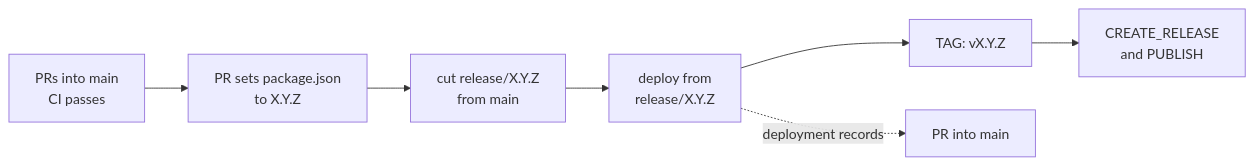
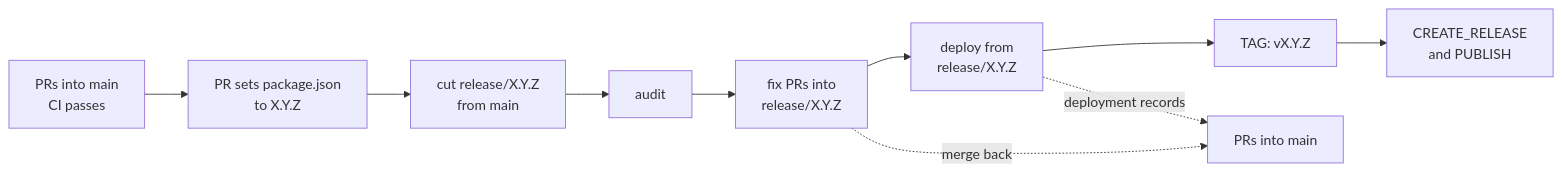
Before and after one commit to 1inch/ci-workflow-protocol: the diagram in RELEASE_FLOW.md, drawn with Mermaid. The commit also changed other lines of this file and 1 other file, not shown here.

Commit message:
feat: update release flow

````diff
--- a/RELEASE_FLOW.md
+++ b/RELEASE_FLOW.md
@@ -38,9 +39,12 @@
 ```mermaid
 flowchart LR
     prs["PRs into main<br/>CI passes"] --> version["PR sets package.json<br/>to X.Y.Z"]
     version --> cut["cut release/X.Y.Z<br/>from main"]
-    cut --> deploy["deploy from<br/>release/X.Y.Z"]
+    cut --> audit["audit"]
+    audit --> fixes["fix PRs into<br/>release/X.Y.Z"]
+    fixes --> deploy["deploy from<br/>release/X.Y.Z"]
     deploy --> tag["TAG: vX.Y.Z"]
     tag --> publish["CREATE_RELEASE<br/>and PUBLISH"]
-    deploy -.->|deployment records| records["PR into main"]
+    fixes -.->|merge back| back["PRs into main"]
+    deploy -.->|deployment records| back
 ```
````
